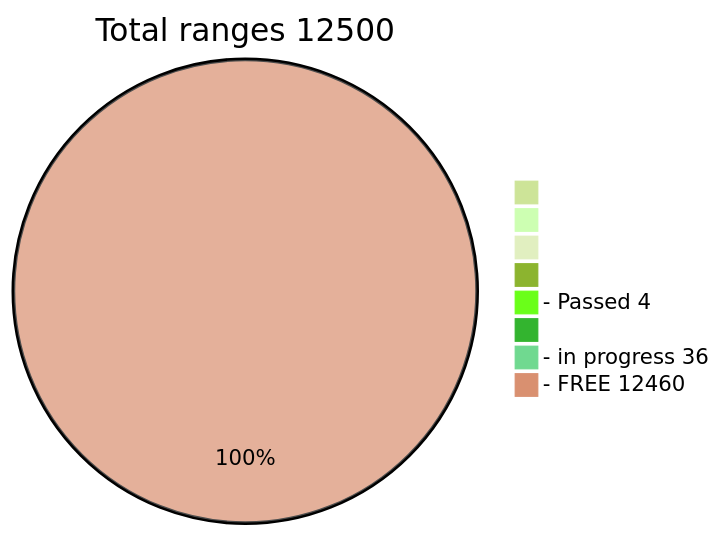
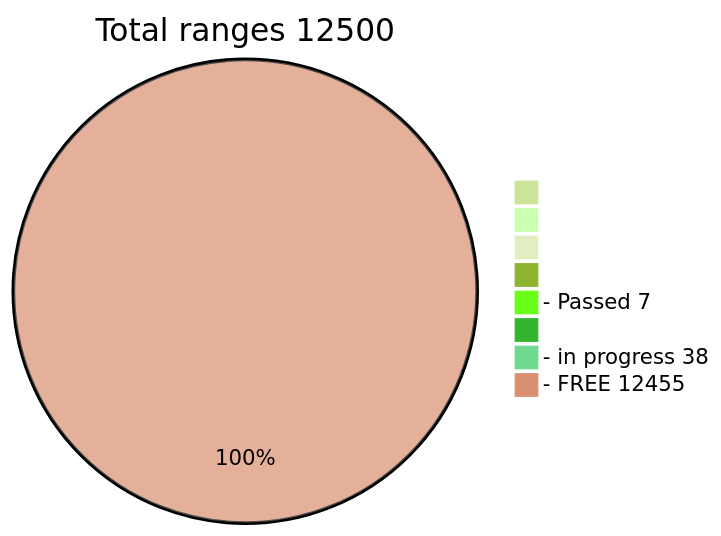
The diagram in Others/Table.md (phrutis/Passphrases), drawn with Mermaid (forest theme) before and after one commit.

````diff
--- a/Others/Table.md
+++ b/Others/Table.md
@@ -1,12 +1,12 @@
 ```mermaid
 pie title Total ranges 12500
              " " : 0
             "  " : 0
            "   " : 0
           "    " : 0
-  "- Passed 4" : 4
+  "- Passed 7" : 7
          "     " : 0
-  "- in progress 36" : 36
-   "- FREE 12460" : 12460
+  "- in progress 38" : 38
+   "- FREE 12455" : 12455
    
 ```
````
